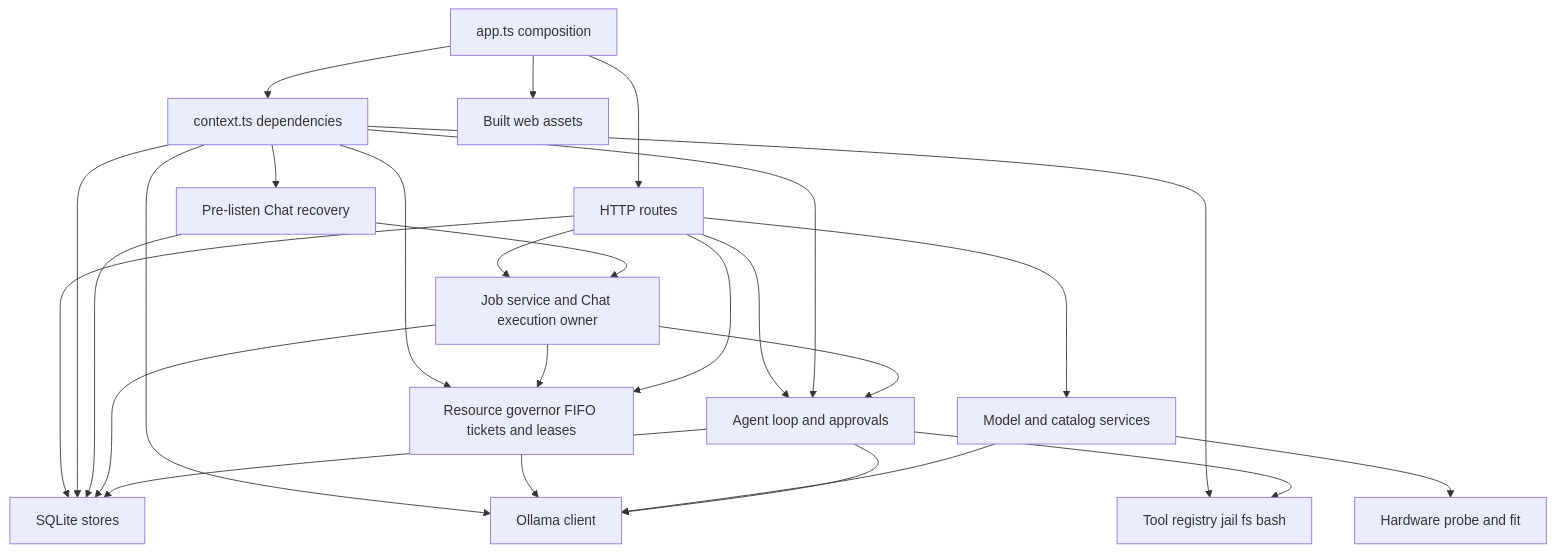
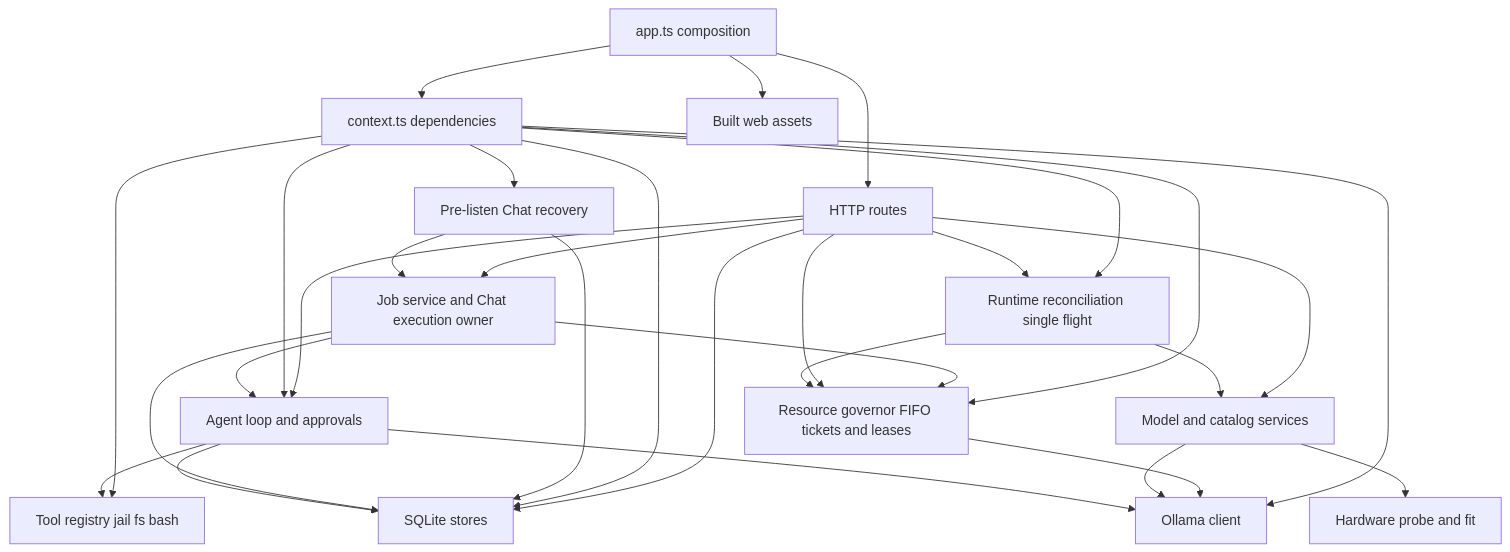
The diagram in docs/architecture/diagrams/lld-server.mmd (MattoYuzuru/Guanxi), drawn with Mermaid before and after one commit. The commit also changed 9 other files, not shown here.

```diff
--- a/docs/architecture/diagrams/lld-server.mmd
+++ b/docs/architecture/diagrams/lld-server.mmd
@@ -1,40 +1,45 @@
 flowchart TB
     App[app.ts composition]
     Context[context.ts dependencies]
     Routes[HTTP routes]
     Stores[SQLite stores]
     Models[Model and catalog services]
     Hardware[Hardware probe and fit]
     Agent[Agent loop and approvals]
     Jobs[Job service and Chat execution owner]
     Recovery[Pre-listen Chat recovery]
     Governor[Resource governor FIFO tickets and leases]
+    Runtime[Runtime reconciliation single flight]
     Tools[Tool registry jail fs bash]
     Ollama[Ollama client]
     Static[Built web assets]
 
     App --> Context
     App --> Routes
     App --> Static
     Routes --> Stores
     Routes --> Models
     Routes --> Agent
     Routes --> Jobs
     Context --> Stores
     Context --> Ollama
     Context --> Tools
     Context --> Agent
     Context --> Recovery
     Context --> Governor
+    Context --> Runtime
     Recovery --> Jobs
     Recovery --> Stores
     Jobs --> Governor
     Routes --> Governor
+    Routes --> Runtime
+    Runtime --> Governor
+    Runtime --> Models
     Governor --> Ollama
     Jobs --> Agent
     Jobs --> Stores
     Models --> Ollama
     Models --> Hardware
     Agent --> Ollama
     Agent --> Tools
     Agent --> Stores
```
